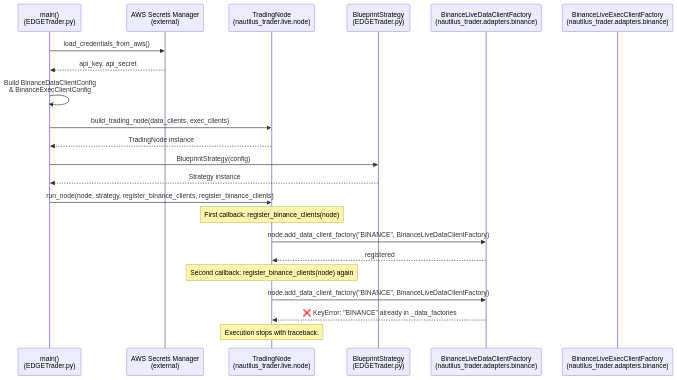
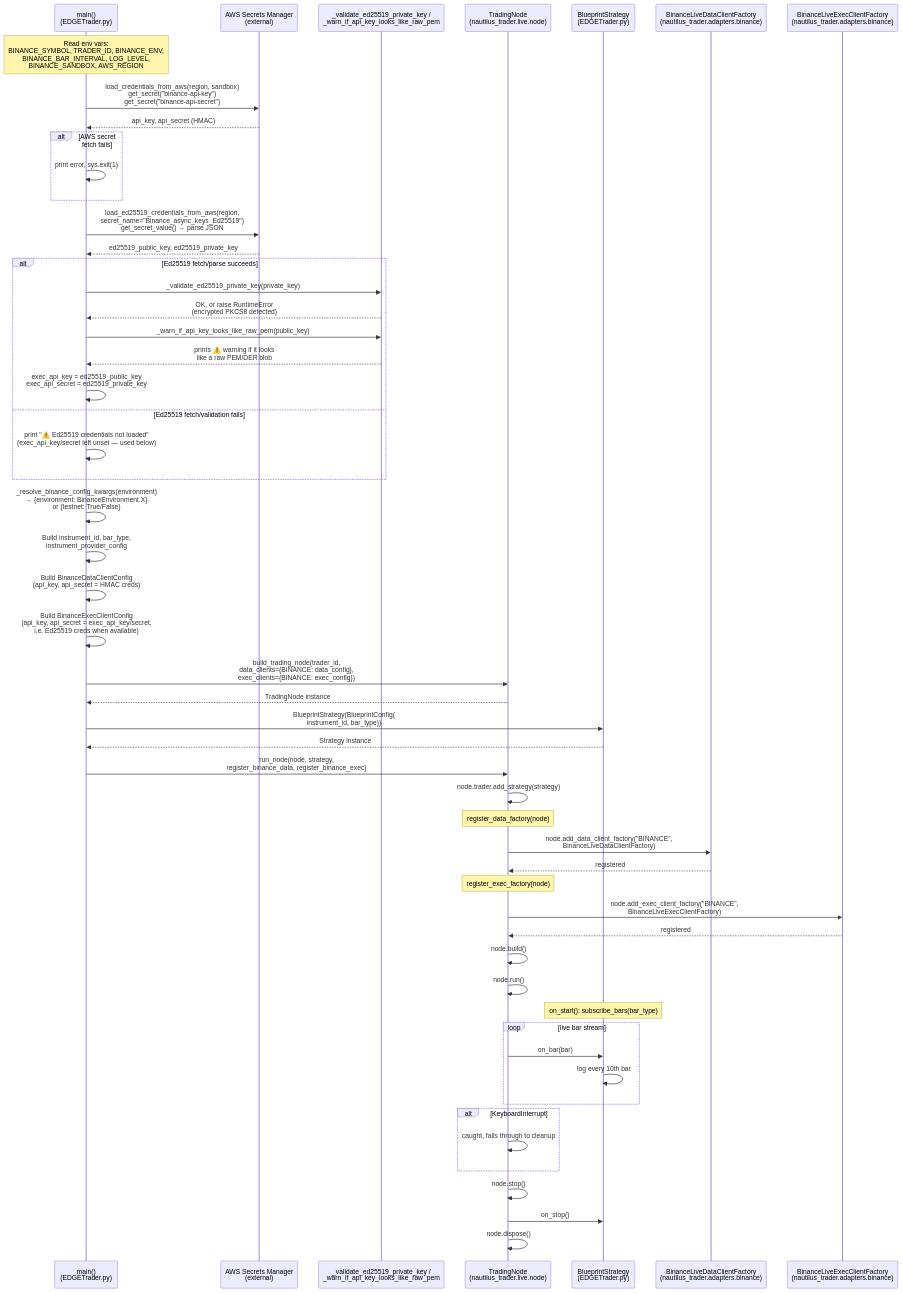
One commit to Andy11011/EDGEngine changed the diagram in Arch/EdgeTrader/MainSD1.md. Above: the diagram before and after it, drawn with Mermaid. The commit also changed 10 other files, not shown here.

````diff
--- a/Arch/EdgeTrader/MainSD1.md
+++ b/Arch/EdgeTrader/MainSD1.md
@@ -1,31 +1,76 @@
 ```mermaid
 sequenceDiagram
     participant Main as main()<br/>(EDGETrader.py)
     participant AWS as AWS Secrets Manager<br/>(external)
+    participant Val as _validate_ed25519_private_key /<br/>_warn_if_api_key_looks_like_raw_pem
     participant Node as TradingNode<br/>(nautilus_trader.live.node)
     participant Strategy as BlueprintStrategy<br/>(EDGETrader.py)
     participant DataFactory as BinanceLiveDataClientFactory<br/>(nautilus_trader.adapters.binance)
     participant ExecFactory as BinanceLiveExecClientFactory<br/>(nautilus_trader.adapters.binance)
-
-    Main->>AWS: load_credentials_from_aws()
-    AWS-->>Main: api_key, api_secret
-
-    Main->>Main: Build BinanceDataClientConfig<br/>& BinanceExecClientConfig
-    Main->>Node: build_trading_node(data_clients, exec_clients)
+ 
+    Note over Main: Read env vars:<br/>BINANCE_SYMBOL, TRADER_ID, BINANCE_ENV,<br/>BINANCE_BAR_INTERVAL, LOG_LEVEL,<br/>BINANCE_SANDBOX, AWS_REGION
+ 
+    Main->>AWS: load_credentials_from_aws(region, sandbox)<br/>get_secret("binance-api-key")<br/>get_secret("binance-api-secret")
+    AWS-->>Main: api_key, api_secret (HMAC)
+ 
+    alt AWS secret fetch fails
+        Main->>Main: print error, sys.exit(1)
+    end
+ 
+    Main->>AWS: load_ed25519_credentials_from_aws(region,<br/>secret_name="Binance_async_keys_Ed25519")<br/>get_secret_value() → parse JSON
+    AWS-->>Main: ed25519_public_key, ed25519_private_key
+ 
+    alt Ed25519 fetch/parse succeeds
+        Main->>Val: _validate_ed25519_private_key(private_key)
+        Val-->>Main: OK, or raise RuntimeError<br/>(encrypted PKCS8 detected)
+ 
+        Main->>Val: _warn_if_api_key_looks_like_raw_pem(public_key)
+        Val-->>Main: prints ⚠️ warning if it looks<br/>like a raw PEM/DER blob
+ 
+        Main->>Main: exec_api_key = ed25519_public_key<br/>exec_api_secret = ed25519_private_key
+    else Ed25519 fetch/validation fails
+        Main->>Main: print "⚠️ Ed25519 credentials not loaded"<br/>(exec_api_key/secret left unset — used below)
+    end
+ 
+    Main->>Main: _resolve_binance_config_kwargs(environment)<br/>→ {environment: BinanceEnvironment.X}<br/>or {testnet: True/False}
+ 
+    Main->>Main: Build instrument_id, bar_type,<br/>instrument_provider_config
+ 
+    Main->>Main: Build BinanceDataClientConfig<br/>(api_key, api_secret = HMAC creds)
+    Main->>Main: Build BinanceExecClientConfig<br/>(api_key, api_secret = exec_api_key/secret,<br/>i.e. Ed25519 creds when available)
+ 
+    Main->>Node: build_trading_node(trader_id,<br/>data_clients={BINANCE: data_config},<br/>exec_clients={BINANCE: exec_config})
     Node-->>Main: TradingNode instance
-
-    Main->>Strategy: BlueprintStrategy(config)
+ 
+    Main->>Strategy: BlueprintStrategy(BlueprintConfig(<br/>instrument_id, bar_type))
     Strategy-->>Main: Strategy instance
-
-    Main->>Node: run_node(node, strategy, register_binance_clients, register_binance_clients)
-
-    Note over Node: First callback: register_binance_clients(node)
-    Node->>DataFactory: node.add_data_client_factory("BINANCE", BinanceLiveDataClientFactory)
+ 
+    Main->>Node: run_node(node, strategy,<br/>register_binance_data, register_binance_exec)
+ 
+    Node->>Node: node.trader.add_strategy(strategy)
+ 
+    Note over Node: register_data_factory(node)
+    Node->>DataFactory: node.add_data_client_factory("BINANCE",<br/>BinanceLiveDataClientFactory)
     DataFactory-->>Node: registered
-
-    Note over Node: Second callback: register_binance_clients(node) again
-    Node->>DataFactory: node.add_data_client_factory("BINANCE", BinanceLiveDataClientFactory)
-    DataFactory-->>Node: ❌ KeyError: "BINANCE" already in _data_factories
-
-    Note over Node: Execution stops with traceback.
+ 
+    Note over Node: register_exec_factory(node)
+    Node->>ExecFactory: node.add_exec_client_factory("BINANCE",<br/>BinanceLiveExecClientFactory)
+    ExecFactory-->>Node: registered
+ 
+    Node->>Node: node.build()
+    Node->>Node: node.run()
+ 
+    Note over Strategy: on_start(): subscribe_bars(bar_type)
+    loop live bar stream
+        Node->>Strategy: on_bar(bar)
+        Strategy->>Strategy: log every 10th bar
+    end
+ 
+    alt KeyboardInterrupt
+        Node->>Node: caught, falls through to cleanup
+    end
+ 
+    Node->>Node: node.stop()
+    Node->>Strategy: on_stop()
+    Node->>Node: node.dispose()
 ```
````
